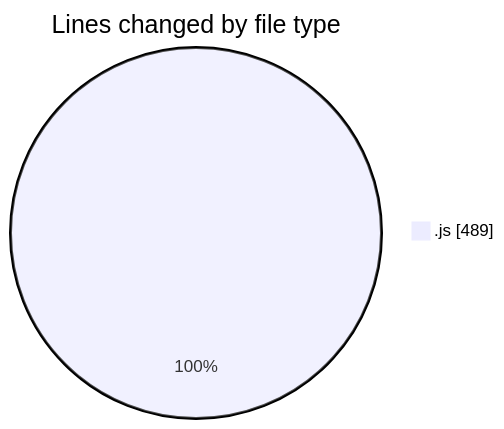
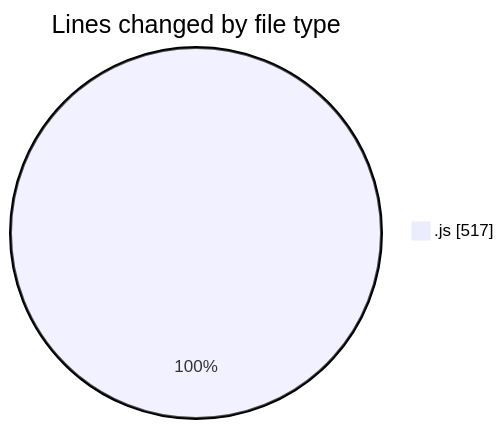
The first of 2 diagrams in 2025-07-10/mail-listener2-0_1_3/README.md (lephambinh05/code-tracking), drawn with Mermaid before and after one commit. The commit also changed other lines of this file and 1 other file, not shown here.

````diff
--- a/2025-07-10/mail-listener2-0_1_3/README.md
+++ b/2025-07-10/mail-listener2-0_1_3/README.md
@@ -23,5 +23,5 @@
 ```mermaid
 pie showData
 title Lines changed by file type
-".js" : 489
+".js" : 517
 ```
````
